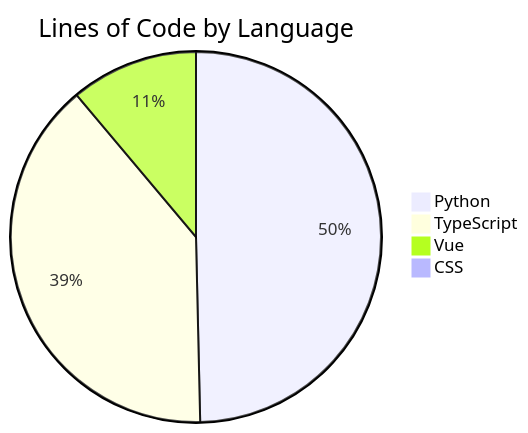
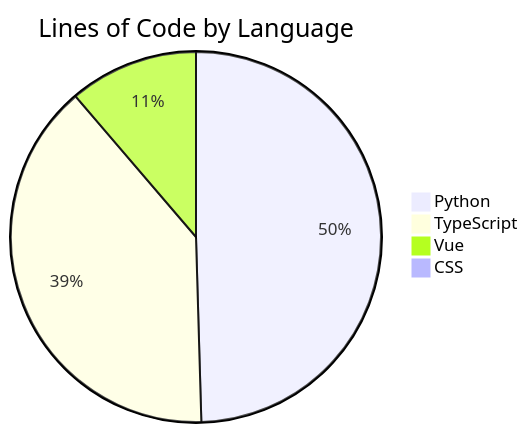
Before and after one commit to ISW-stack/AI3L-Community: the diagram in README.md, drawn with Mermaid. The commit also changed other lines of this file and 1 other file, not shown here.

````diff
--- a/README.md
+++ b/README.md
@@ -374,7 +374,7 @@
 ```mermaid
 pie title Lines of Code by Language
-    "Python" : 120119
-    "TypeScript" : 94940
-    "Vue" : 26930
+    "Python" : 120503
+    "TypeScript" : 95334
+    "Vue" : 27415
     "CSS" : 134
 ```
````
